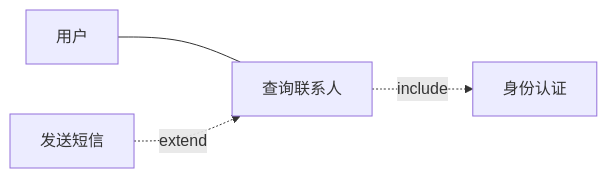
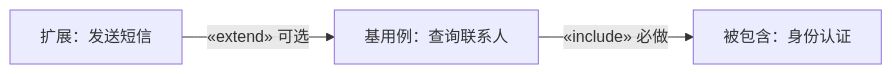
One commit to xiamengquan/sysanalyst-quiz changed the fourth of 9 diagrams in public/kb/速查/UML-体系化学习指南.md. Above: the diagram before and after it, drawn with Mermaid. The commit also changed other lines of this file and 6 other files, not shown here.

First line of the commit message:
feat: UML 指南增加图形讲解并接入 Mermaid 12 渲染

````diff
--- a/public/kb/速查/UML-体系化学习指南.md
+++ b/public/kb/速查/UML-体系化学习指南.md
@@ -149,6 +217,8 @@
 ```mermaid
 flowchart LR
-  U[用户] --- UC1[查询联系人]
-  UC1 -.->|include| UC0[身份认证]
-  UC2[发送短信] -.->|extend| UC1
+  Base[基用例：查询联系人]
+  Inc[被包含：身份认证]
+  Ext[扩展：发送短信]
+  Base -->|«include» 必做| Inc
+  Ext -->|«extend» 可选| Base
 ```
````
